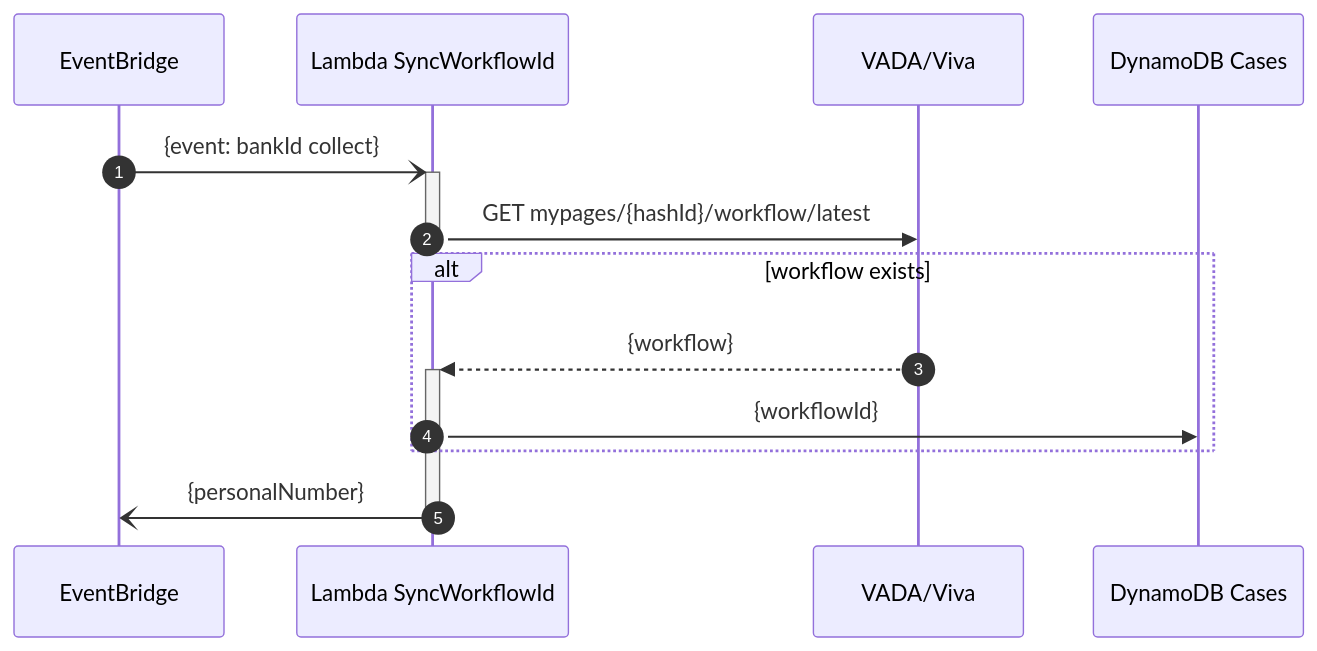
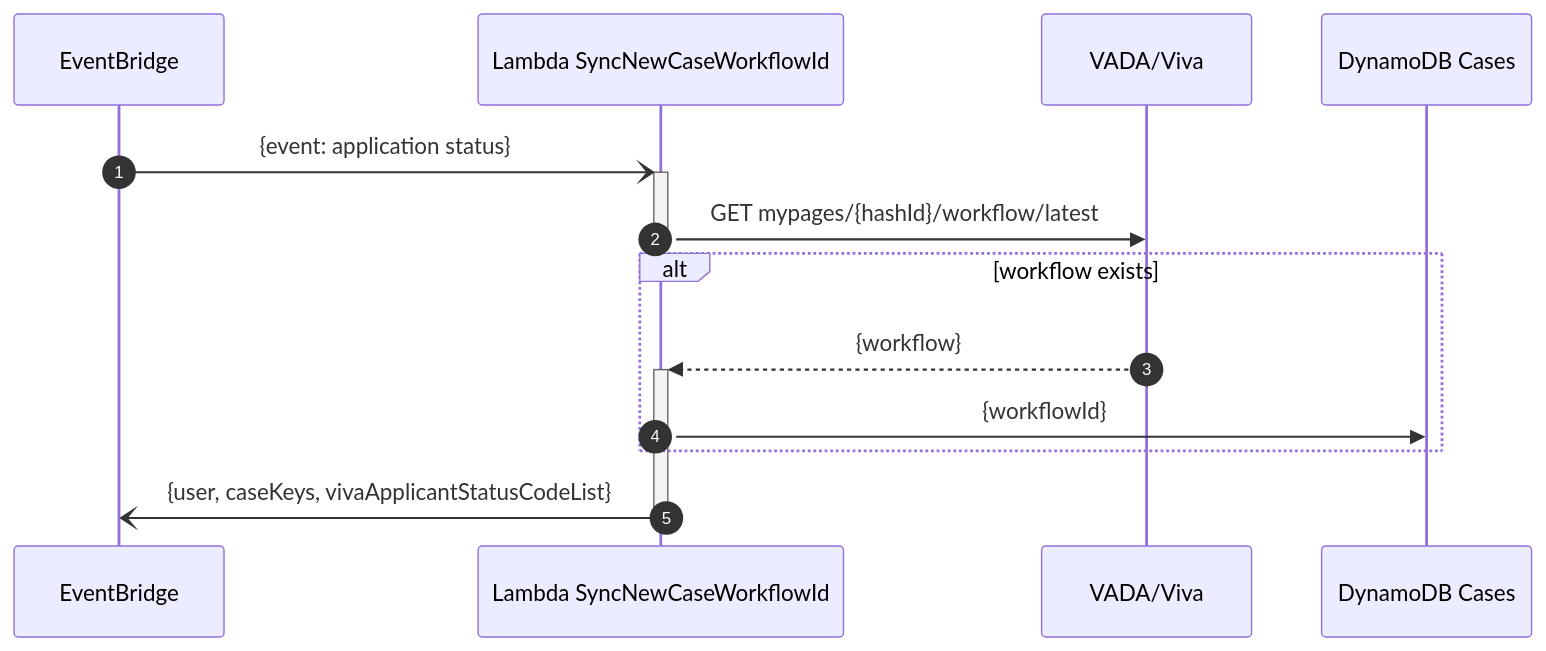
Before and after one commit to helsingborg-stad/helsingborg-io-sls-api: the second of 2 diagrams in services/viva/microservice/README.md, drawn with Mermaid. The commit also changed 4 other files, not shown here.

Commit message:
wip: (viva-ms) init lambda logic

````diff
--- a/services/viva/microservice/README.md
+++ b/services/viva/microservice/README.md
@@ -95,19 +95,19 @@
 ```mermaid
 sequenceDiagram
   autonumber
   participant EventBridge
-  participant Lambda SyncWorkflowId
+  participant Lambda SyncNewCaseWorkflowId
   participant VADA/Viva
   participant DynamoDB Cases
 
-  EventBridge-)+Lambda SyncWorkflowId: {event: bankId collect}
+  EventBridge-)+Lambda SyncNewCaseWorkflowId: {event: application status}
 
-  Lambda SyncWorkflowId->>-VADA/Viva: GET mypages/{hashId}/workflow/latest
+  Lambda SyncNewCaseWorkflowId->>-VADA/Viva: GET mypages/{hashId}/workflow/latest
 
   alt workflow exists
-    VADA/Viva-->>+Lambda SyncWorkflowId: {workflow}
-    Lambda SyncWorkflowId->>DynamoDB Cases: {workflowId}
+    VADA/Viva-->>+Lambda SyncNewCaseWorkflowId: {workflow}
+    Lambda SyncNewCaseWorkflowId->>DynamoDB Cases: {workflowId}
   end
 
-  Lambda SyncWorkflowId-)-EventBridge: {personalNumber}
+  Lambda SyncNewCaseWorkflowId-)-EventBridge: {user, caseKeys, vivaApplicantStatusCodeList}
 ```
````
